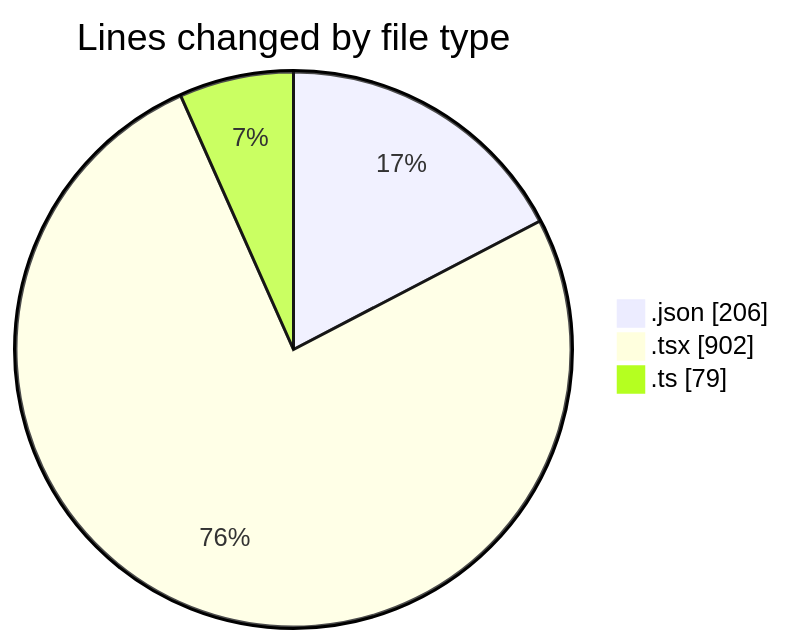
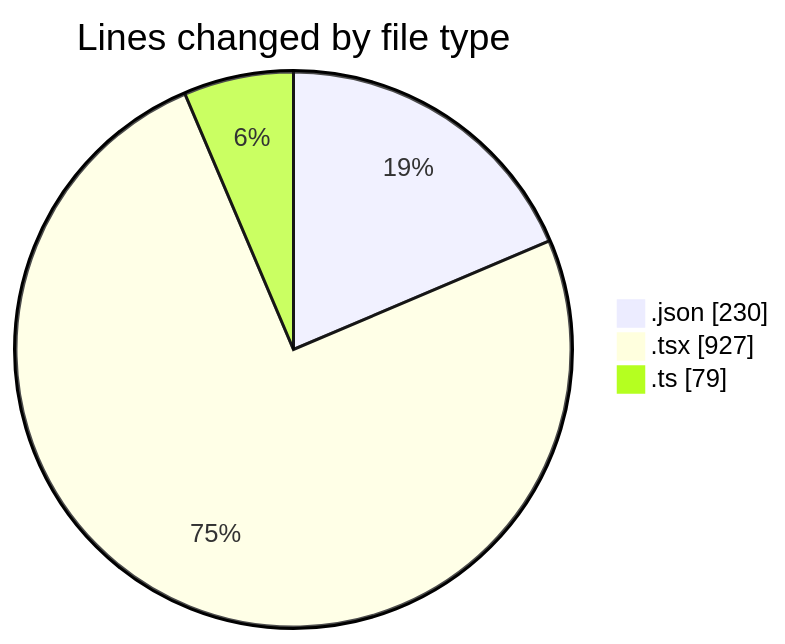
The first of 2 diagrams in 2025-05-09/un_laala/README.md (Elitesun/code-tracking), drawn with Mermaid before and after one commit. The commit also changed other lines of this file and 1 other file, not shown here.

````diff
--- a/2025-05-09/un_laala/README.md
+++ b/2025-05-09/un_laala/README.md
@@ -26,7 +26,7 @@
 ```mermaid
 pie showData
 title Lines changed by file type
-".json" : 206
-".tsx" : 902
+".json" : 230
+".tsx" : 927
 ".ts" : 79
 ```
````
